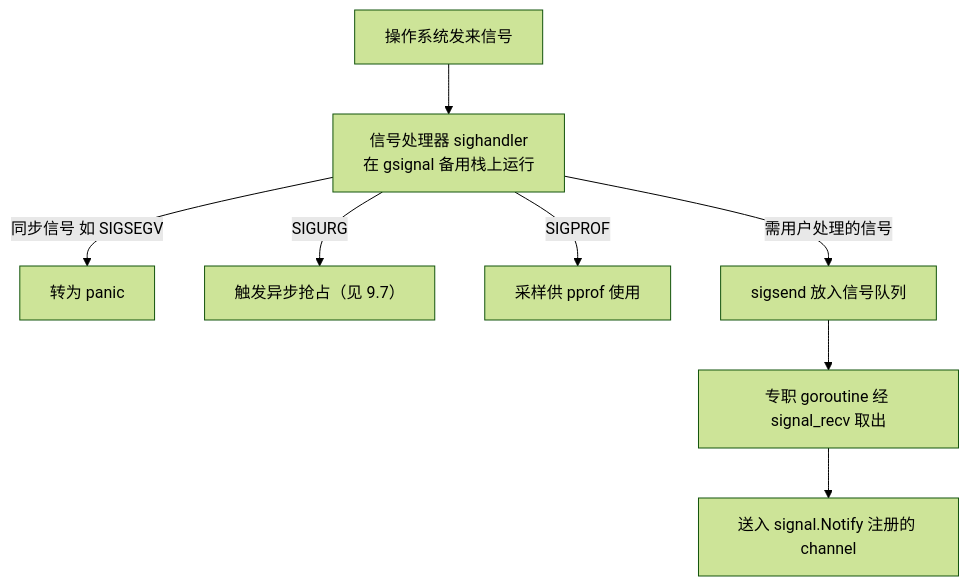
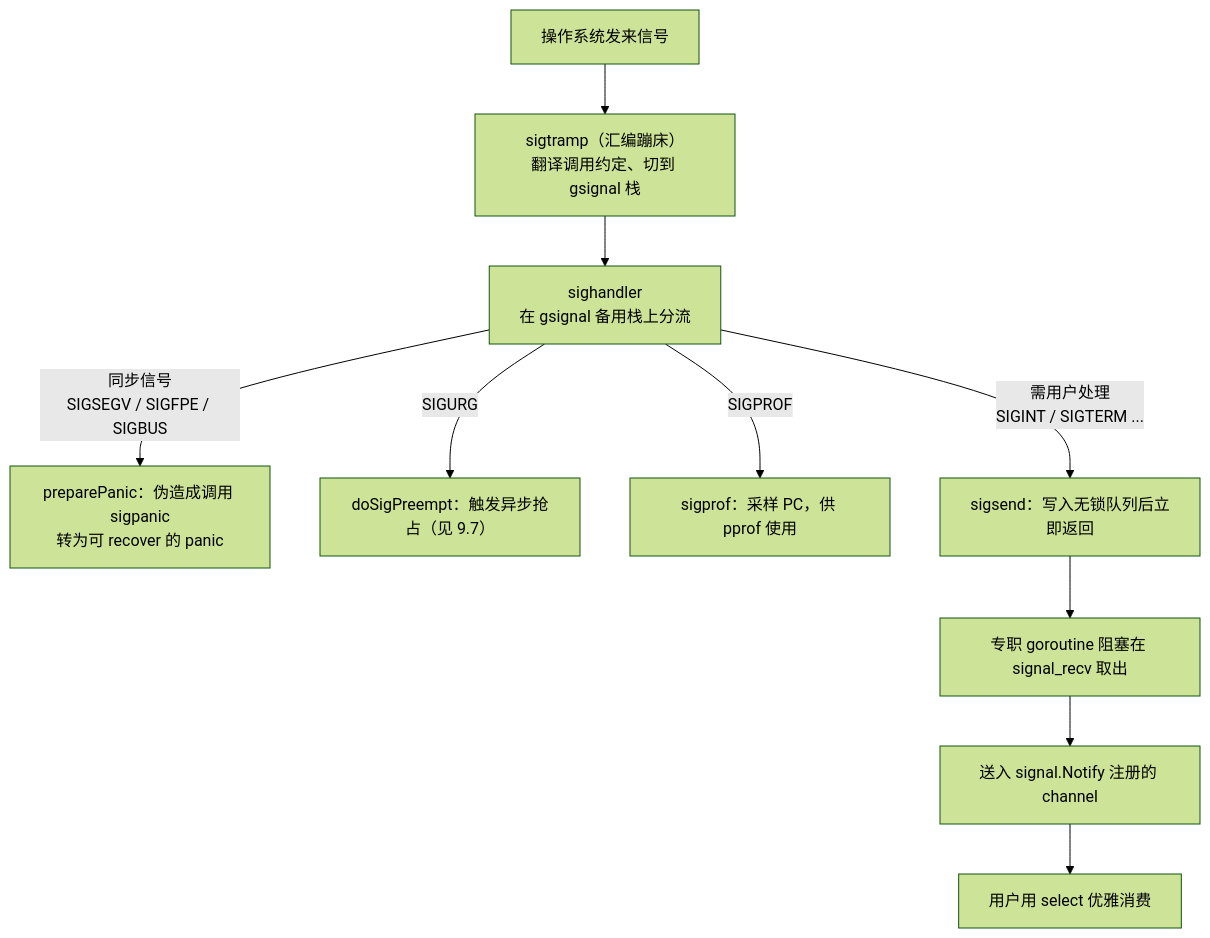
One commit to golang-design/under-the-hood changed the diagram in book/zh-cn/part3concurrency/ch09sched/signal.md. Above: the diagram before and after it, drawn with Mermaid (forest theme). The commit also changed other lines of this file and 6 other files, not shown here.

````diff
--- a/book/zh-cn/part3concurrency/ch09sched/signal.md
+++ b/book/zh-cn/part3concurrency/ch09sched/signal.md
@@ -32,10 +91,12 @@
 ```mermaid
 flowchart TD
-    OS[操作系统发来信号] --> H["信号处理器 sighandler<br/>在 gsignal 备用栈上运行"]
-    H -->|同步信号 如 SIGSEGV| PANIC[转为 panic]
-    H -->|SIGURG| PREE["触发异步抢占（见 9.7）"]
-    H -->|SIGPROF| PROF[采样供 pprof 使用]
-    H -->|需用户处理的信号| Q[sigsend 放入信号队列]
-    Q --> SG[专职 goroutine 经 signal_recv 取出]
+    OS[操作系统发来信号] --> TR["sigtramp（汇编蹦床）<br/>翻译调用约定、切到 gsignal 栈"]
+    TR --> SH["sighandler<br/>在 gsignal 备用栈上分流"]
+    SH -->|"同步信号<br/>SIGSEGV / SIGFPE / SIGBUS"| PANIC["preparePanic：伪造成调用 sigpanic<br/>转为可 recover 的 panic"]
+    SH -->|SIGURG| PREE["doSigPreempt：触发异步抢占（见 9.7）"]
+    SH -->|SIGPROF| PROF["sigprof：采样 PC，供 pprof 使用"]
+    SH -->|"需用户处理<br/>SIGINT / SIGTERM ..."| Q["sigsend：写入无锁队列后立即返回"]
+    Q --> SG["专职 goroutine 阻塞在 signal_recv 取出"]
     SG --> CH["送入 signal.Notify 注册的 channel"]
+    CH --> USER["用户用 select 优雅消费"]
 ```
````
